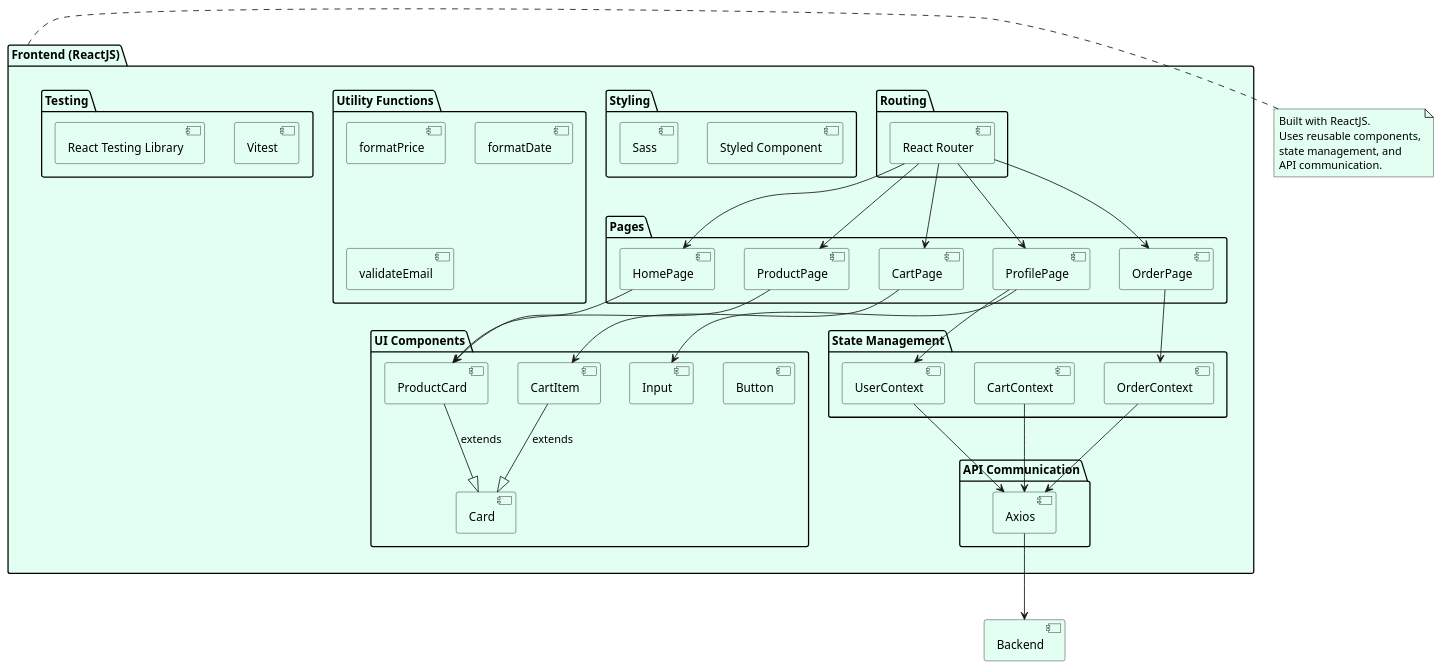
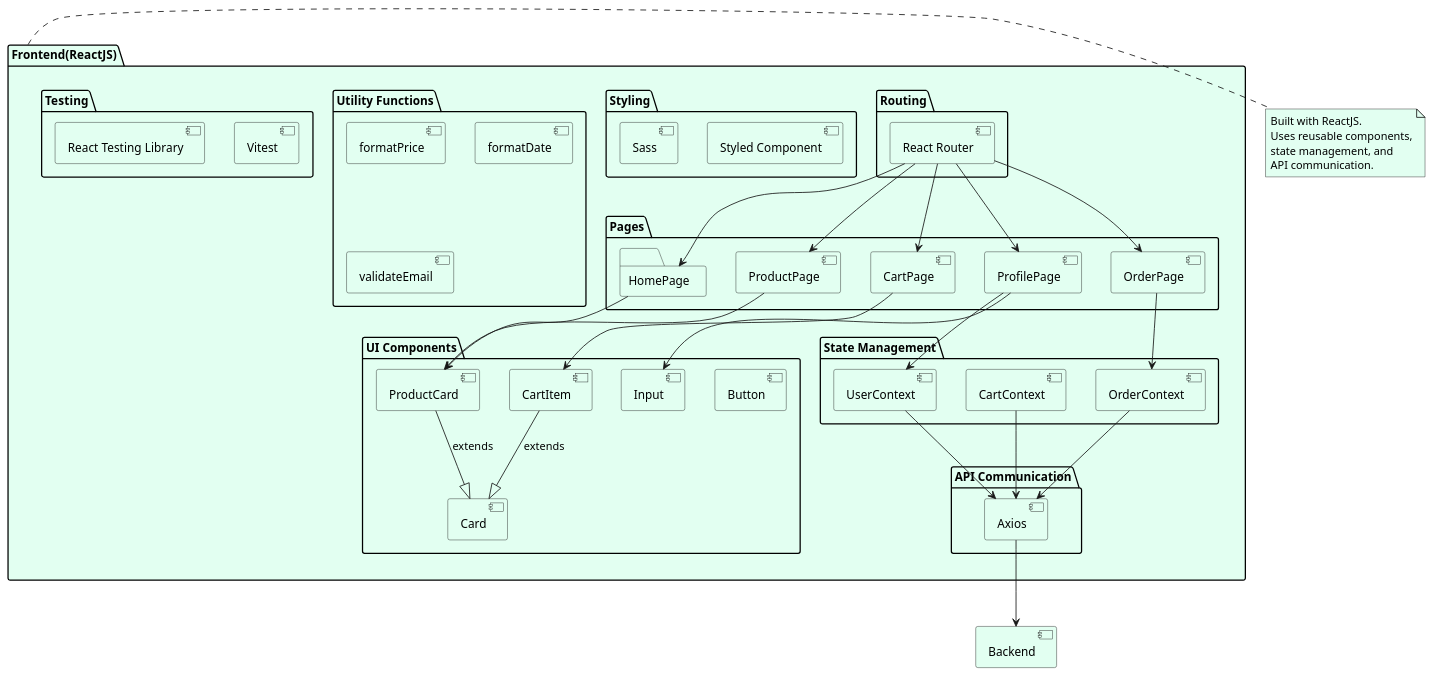
Before and after one commit to bruflor/comercio-vizinho: the diagram in docs/diagrams/architecture/Frontend.puml, drawn with PlantUML. The commit also changed 3 other files, not shown here.

```diff
--- a/docs/diagrams/architecture/Frontend.puml
+++ b/docs/diagrams/architecture/Frontend.puml
@@ -1,88 +1,88 @@
 @startuml
 <style>
 componentDiagram {
   BackGroundColor #e2fff1
 }
 document {
   BackGroundColor white
 }
 </style>
-
-package "Frontend (ReactJS)" {
+' Ligações somente entre packages, não precisa especificar
+package  Frontend(ReactJS) {
     package "UI Components" {
         [Button]
         [Input]
         [Card]
         [ProductCard]
         [CartItem]
     }
 
     package "Pages" {
-        [HomePage]
+        folder HomePage
         [ProductPage]
         [CartPage]
         [ProfilePage]
         [OrderPage]
     }
 
     package "State Management" {
         [UserContext]
         [CartContext]
         [OrderContext]
     }
 
     package "Routing" {
         [React Router]
     }
 
     package "API Communication" {
         [Axios]
     }
 
     package "Styling" {
         [Styled Component]
         [Sass]
     }
 
     package "Utility Functions" {
         [formatPrice]
         [formatDate]
         [validateEmail]
     }
 
     package "Testing" {
         [Vitest]
         [React Testing Library]
     }
 }
 
 ' Relationships
 [HomePage] --> [ProductCard]
 [ProductPage] --> [ProductCard]
 [CartPage] --> [CartItem]
 [CartItem] --|> [Card]: extends
 [ProductCard] --|> [Card]: extends
 [ProfilePage] --> [UserContext]
 [ProfilePage] --> [Input]
 [OrderPage] --> [OrderContext]
 
 [UserContext] --> [Axios]
 [CartContext] --> [Axios]
 [OrderContext] --> [Axios]
 
 [React Router] --> [HomePage]
 [React Router] --> [ProductPage]
 [React Router] --> [CartPage]
 [React Router] --> [ProfilePage]
 [React Router] --> [OrderPage]
 
 [Axios] --> [Backend]
 
-note right of [Frontend (ReactJS)]
+note right of "Frontend(ReactJS)"
   Built with ReactJS.
   Uses reusable components,
   state management, and
   API communication.
 end note
 
 @enduml
```
